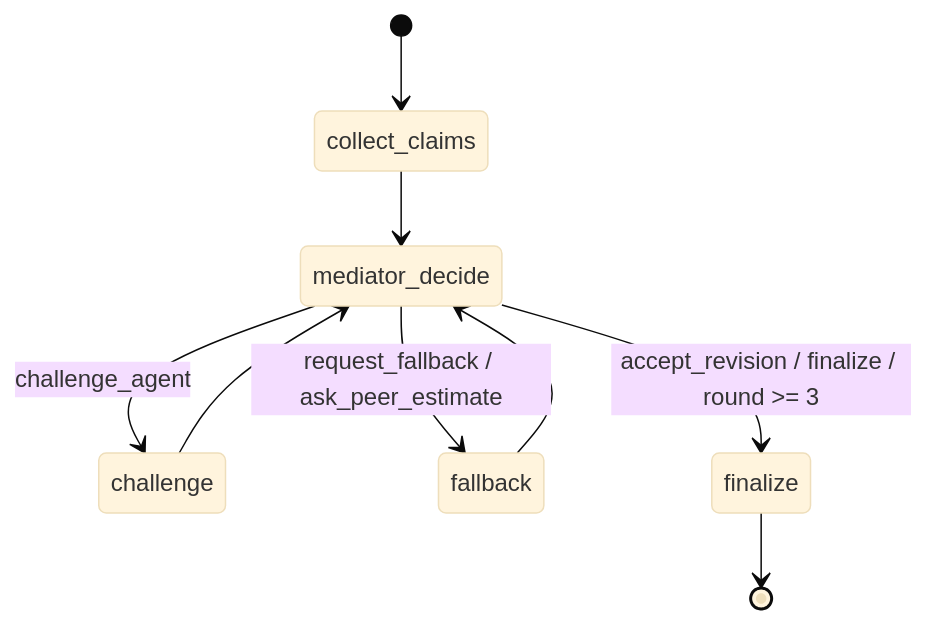
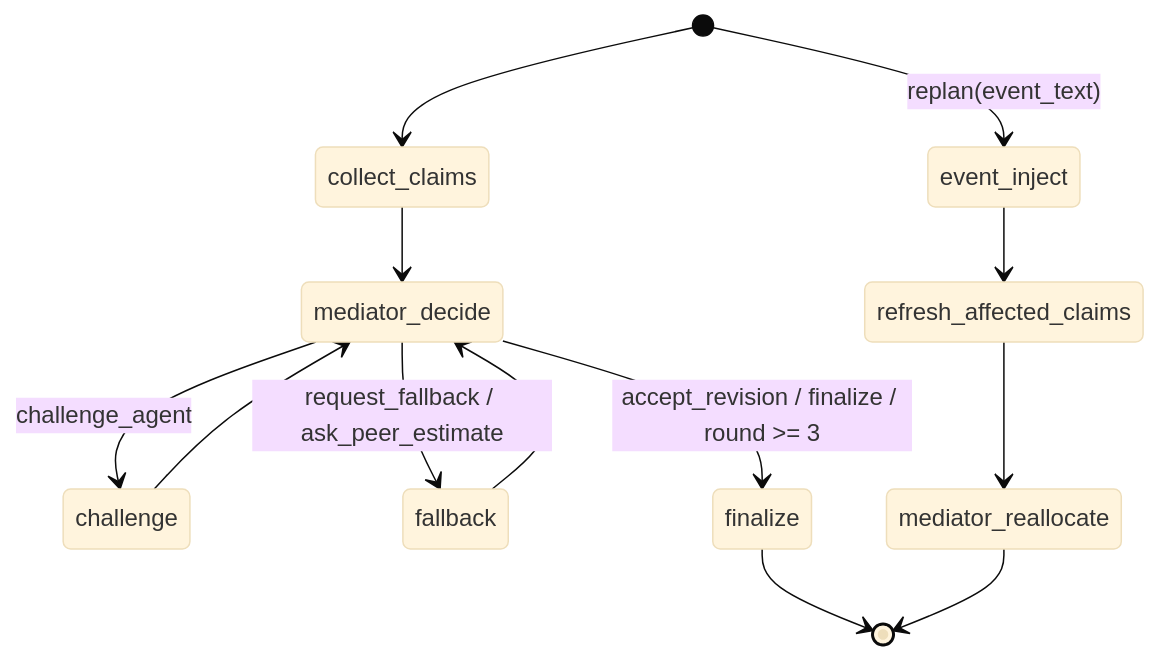
The second of 2 diagrams in docs/DESIGN.md (Sreenair-1/Disaster_Relief_Resource_Negotiator), drawn with Mermaid (base theme) before and after one commit. The commit also changed other lines of this file and 23 other files, not shown here.

````diff
--- a/docs/DESIGN.md
+++ b/docs/DESIGN.md
@@ -36,11 +84,15 @@
 ```mermaid
 stateDiagram-v2
   [*] --> collect_claims
   collect_claims --> mediator_decide
   mediator_decide --> challenge: challenge_agent
   mediator_decide --> fallback: request_fallback / ask_peer_estimate
   mediator_decide --> finalize: accept_revision / finalize / round >= 3
   challenge --> mediator_decide
   fallback --> mediator_decide
   finalize --> [*]
+  [*] --> event_inject: replan(event_text)
+  event_inject --> refresh_affected_claims
+  refresh_affected_claims --> mediator_reallocate
+  mediator_reallocate --> [*]
 ```
````
